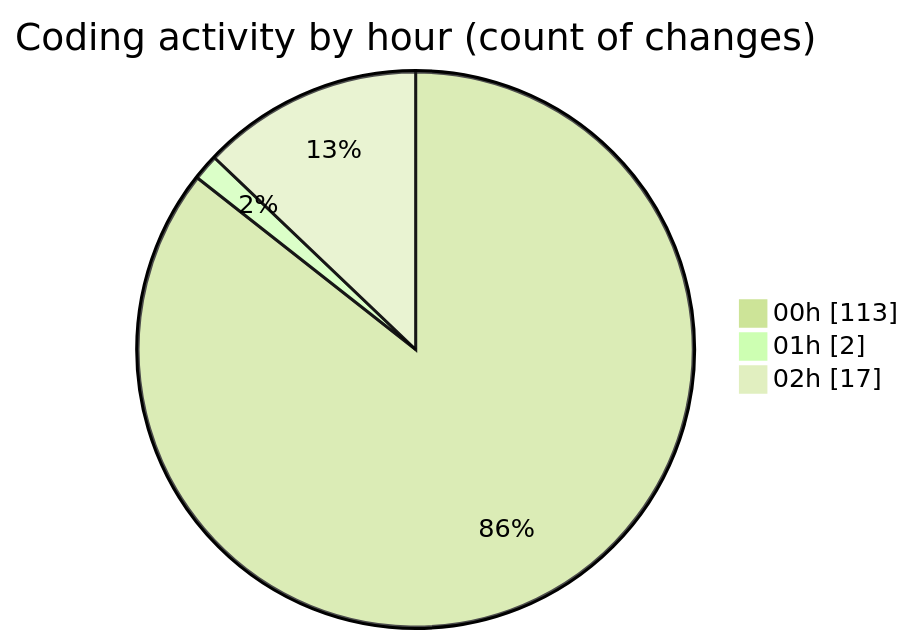
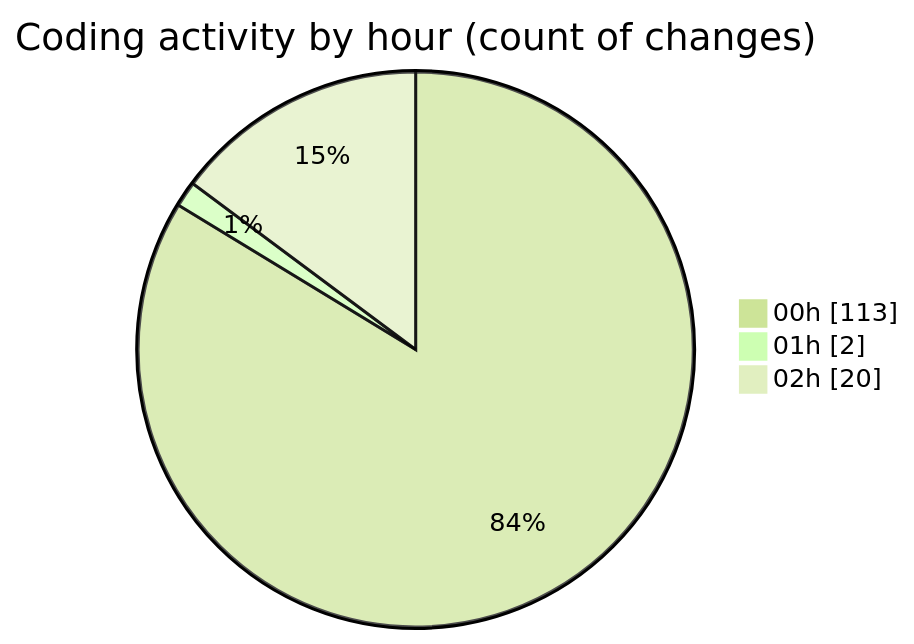
The second of 2 diagrams in 2025-08-06/napxuvn/README.md (lephambinh05/code-tracking), drawn with Mermaid (forest theme) before and after one commit. The commit also changed other lines of this file and 1 other file, not shown here.

````diff
--- a/2025-08-06/napxuvn/README.md
+++ b/2025-08-06/napxuvn/README.md
@@ -100,7 +101,7 @@
 ```mermaid
 pie showData
 title Coding activity by hour (count of changes)
 "00h" : 113
 "01h" : 2
-"02h" : 17
+"02h" : 20
 ```
````
